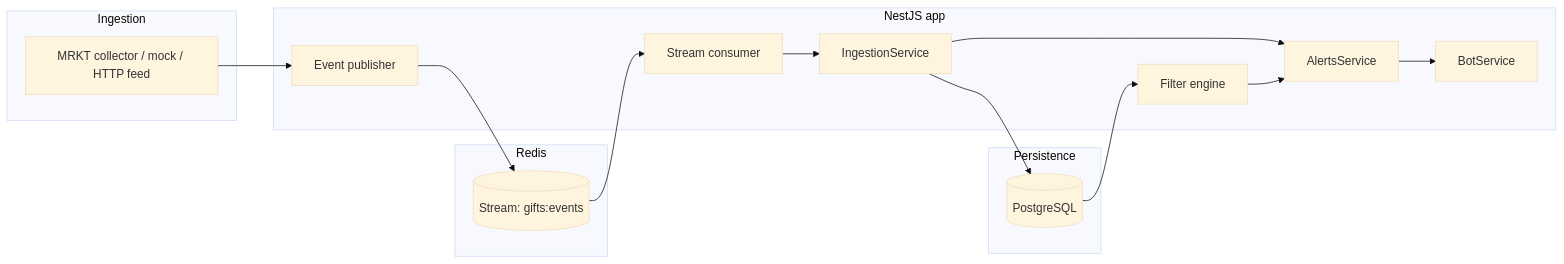
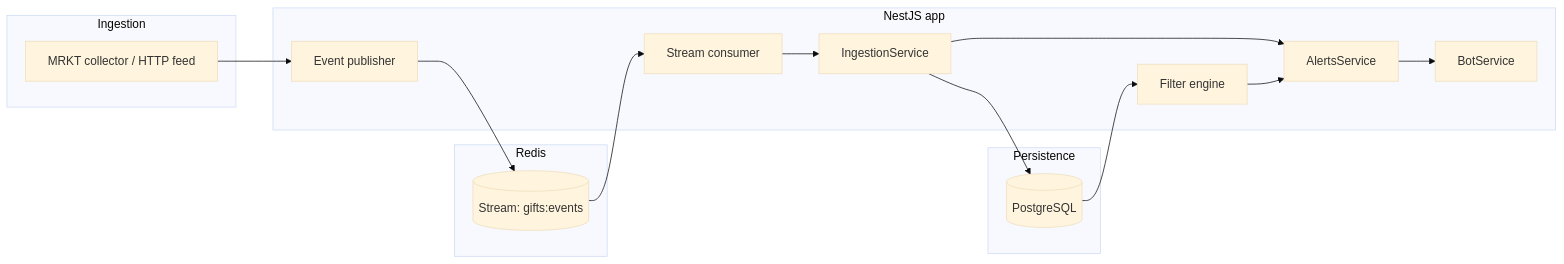
Before and after one commit to Anonymous747/gift-sniper: the diagram in README.md, drawn with Mermaid (base theme). The commit also changed other lines of this file and 2 other files, not shown here.

````diff
--- a/README.md
+++ b/README.md
@@ -24,29 +24,29 @@
 ```mermaid
 flowchart LR
   subgraph ingest [Ingestion]
-    MRKT[MRKT collector / mock / HTTP feed]
+    MRKT[MRKT collector / HTTP feed]
   end
   subgraph bus [Redis]
     STREAM[(Stream: gifts:events)]
   end
   subgraph app [NestJS app]
     PUB[Event publisher]
     CON[Stream consumer]
     ING[IngestionService]
     FLT[Filter engine]
     ALT[AlertsService]
     BOT[BotService]
   end
   subgraph store [Persistence]
     PG[(PostgreSQL)]
   end
   MRKT --> PUB
   PUB --> STREAM
   STREAM --> CON
   CON --> ING
   ING --> PG
   ING --> ALT
   ALT --> BOT
   FLT --> ALT
   PG --> FLT
 ```
````
